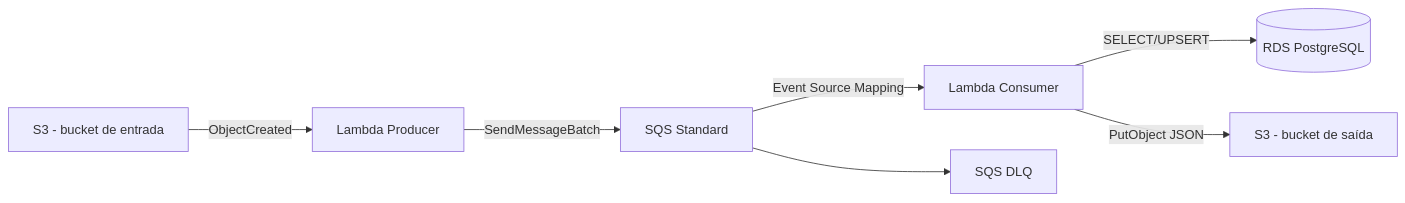
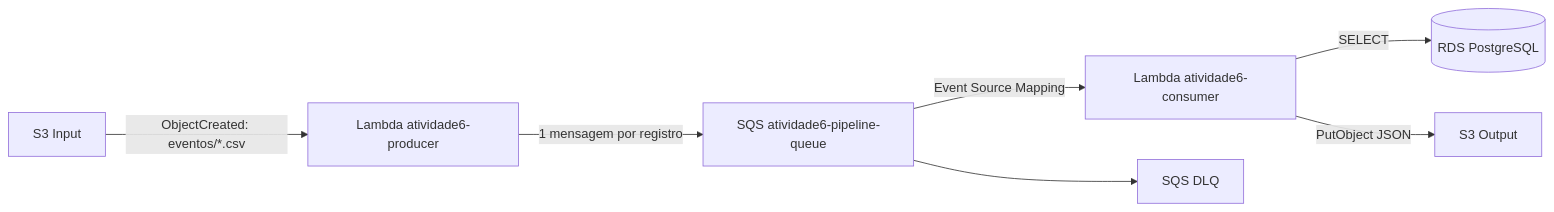
The diagram in README.md (brtostes/C3-Trabalho-Ingestao-Pipeline-Atividade7), drawn with Mermaid before and after one commit. The commit also changed other lines of this file, not shown here.

Commit message:
Atualiza README com arquitetura validada da Atividade 6

````diff
--- a/README.md
+++ b/README.md
@@ -17,9 +13,9 @@
 ```mermaid
 flowchart LR
-    A[S3 - bucket de entrada] -->|ObjectCreated| B[Lambda Producer]
-    B -->|SendMessageBatch| C[SQS Standard]
-    C -->|Event Source Mapping| D[Lambda Consumer]
-    D -->|SELECT/UPSERT| E[(RDS PostgreSQL)]
-    D -->|PutObject JSON| F[S3 - bucket de saída]
+    A[S3 Input] -->|ObjectCreated: eventos/*.csv| B[Lambda atividade6-producer]
+    B -->|1 mensagem por registro| C[SQS atividade6-pipeline-queue]
+    C -->|Event Source Mapping| D[Lambda atividade6-consumer]
+    D -->|SELECT| E[(RDS PostgreSQL)]
+    D -->|PutObject JSON| F[S3 Output]
     C --> G[SQS DLQ]
 ```
````
